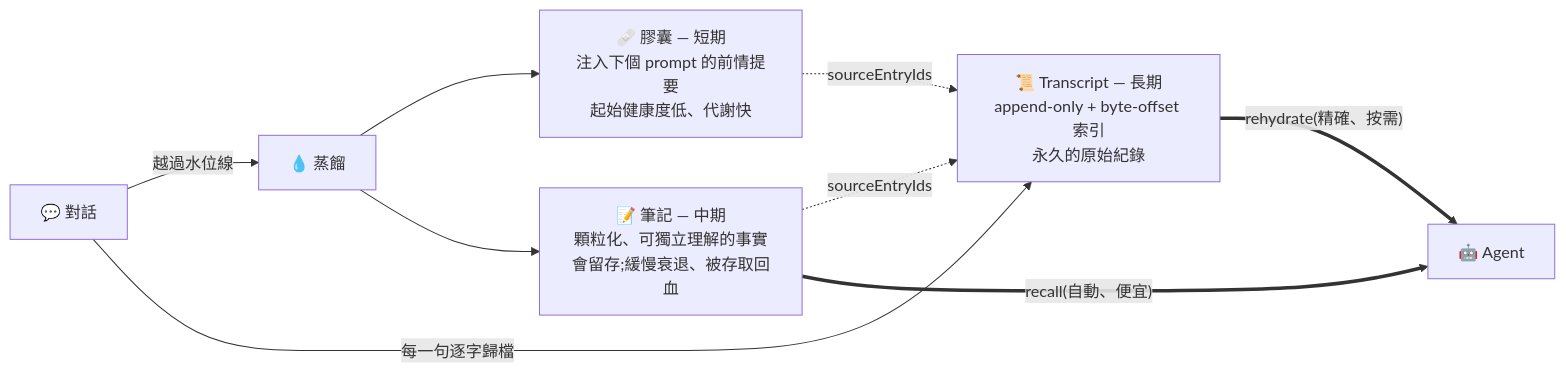
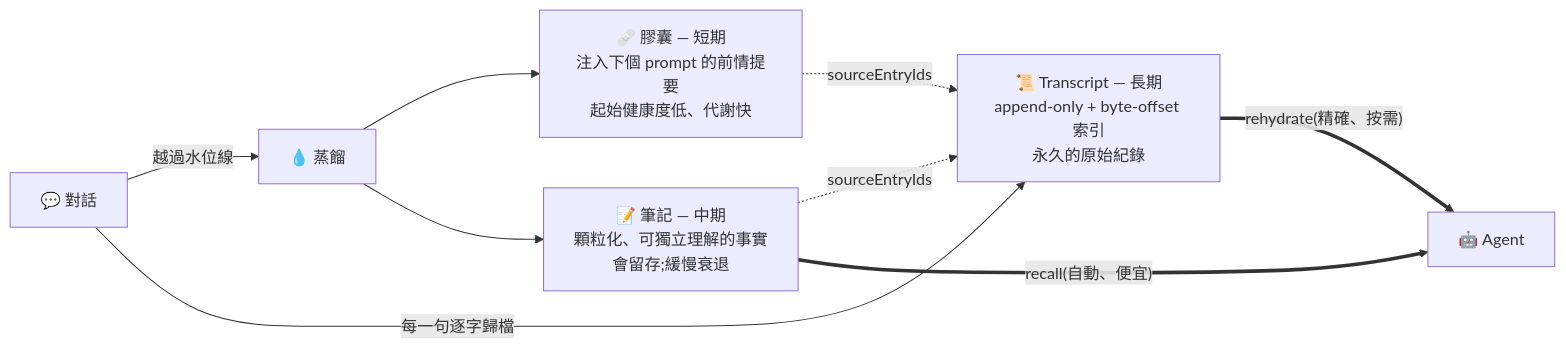
The first of 3 diagrams in README.zh-TW.md (Hsi431/memory-river), drawn with Mermaid before and after one commit. The commit also changed other lines of this file and 112 other files, not shown here.

````diff
--- a/README.zh-TW.md
+++ b/README.zh-TW.md
@@ -54,11 +54,11 @@
 ```mermaid
 flowchart LR
     C["💬 對話"] -->|"越過水位線"| D["💧 蒸餾"]
     C -->|"每一句逐字歸檔"| T["📜 Transcript — 長期<br/>append-only + byte-offset 索引<br/>永久的原始紀錄"]
     D --> CAP["🩹 膠囊 — 短期<br/>注入下個 prompt 的前情提要<br/>起始健康度低、代謝快"]
-    D --> N["📝 筆記 — 中期<br/>顆粒化、可獨立理解的事實<br/>會留存;緩慢衰退、被存取回血"]
+    D --> N["📝 筆記 — 中期<br/>顆粒化、可獨立理解的事實<br/>會留存;緩慢衰退"]
     CAP -.->|"sourceEntryIds"| T
     N -.->|"sourceEntryIds"| T
     N ==>|"recall(自動、便宜)"| A["🤖 Agent"]
     T ==>|"rehydrate(精確、按需)"| A
 ```
````
